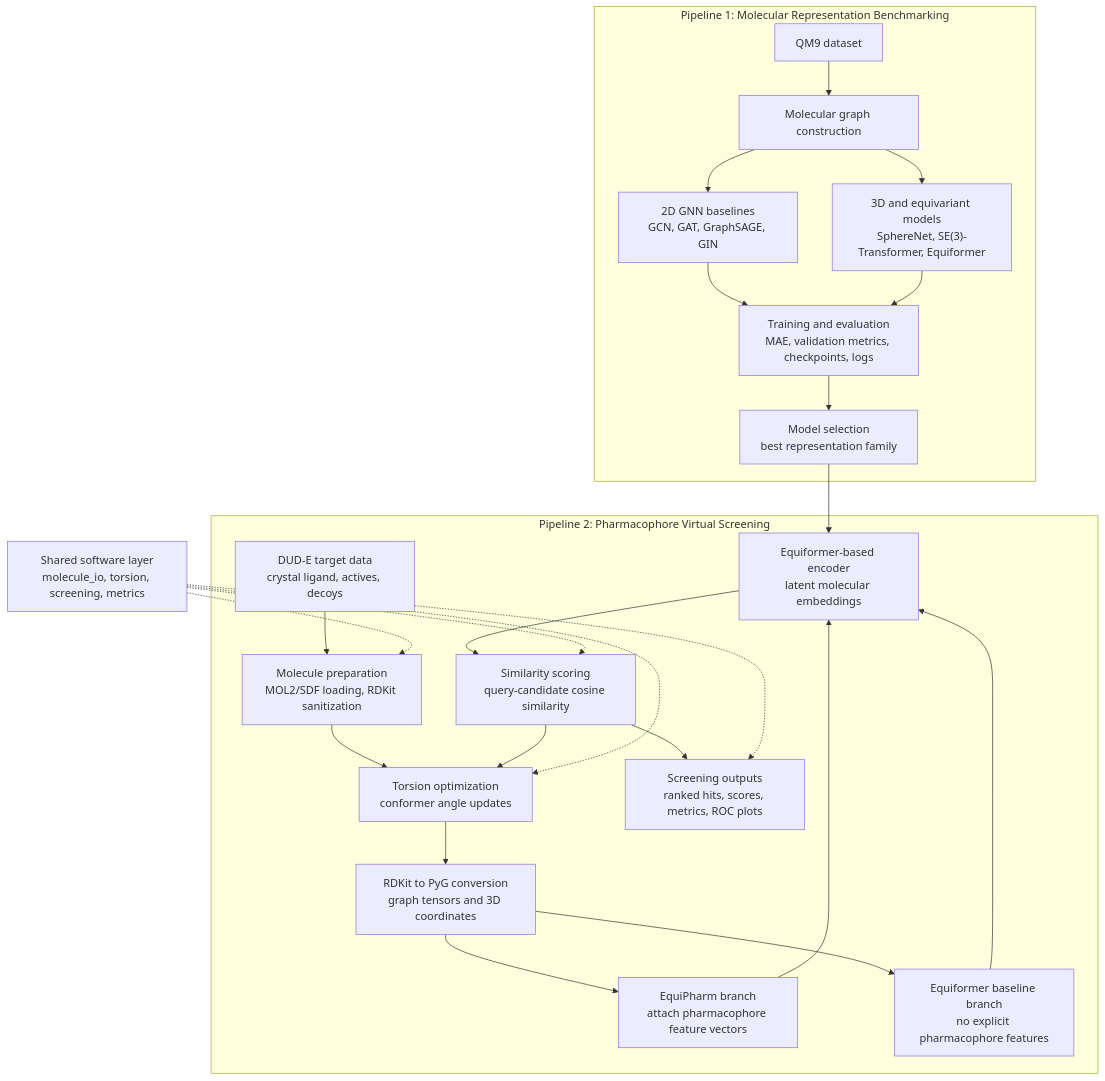
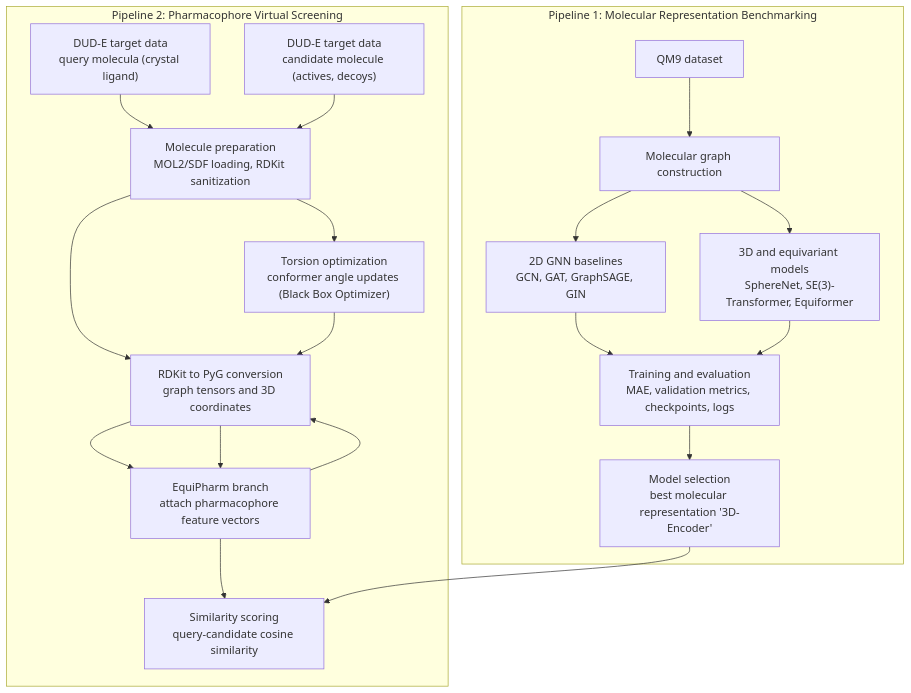
One commit to ismail7CAa/EquiPharm changed the diagram in README.md. Above: the diagram before and after it, drawn with Mermaid.

Commit message:
README.md

````diff
--- a/README.md
+++ b/README.md
@@ -5,49 +5,41 @@
 ```mermaid
 flowchart TB
   subgraph B["Pipeline 1: Molecular Representation Benchmarking"]
     B1["QM9 dataset"]
     B2["Molecular graph construction"]
     B3["2D GNN baselines<br/>GCN, GAT, GraphSAGE, GIN"]
     B4["3D and equivariant models<br/>SphereNet, SE(3)-Transformer, Equiformer"]
     B5["Training and evaluation<br/>MAE, validation metrics, checkpoints, logs"]
-    B6["Model selection<br/>best representation family"]
+    B6["Model selection<br/>best molecular representation '3D-Encoder'"]
 
     B1 --> B2
     B2 --> B3
     B2 --> B4
     B3 --> B5
     B4 --> B5
     B5 --> B6
   end
 
   subgraph P["Pipeline 2: Pharmacophore Virtual Screening"]
-    P1["DUD-E target data<br/>crystal ligand, actives, decoys"]
-    P2["Molecule preparation<br/>MOL2/SDF loading, RDKit sanitization"]
-    P3["Torsion optimization<br/>conformer angle updates"]
-    P4["RDKit to PyG conversion<br/>graph tensors and 3D coordinates"]
-    P5["EquiPharm branch<br/>attach pharmacophore feature vectors"]
-    P6["Equiformer baseline branch<br/>no explicit pharmacophore features"]
-    P7["Equiformer-based encoder<br/>latent molecular embeddings"]
-    P8["Similarity scoring<br/>query-candidate cosine similarity"]
-    P9["Screening outputs<br/>ranked hits, scores, metrics, ROC plots"]
+    P1["DUD-E target data<br/>query molecula (crystal ligand)"]
+    P2["DUD-E target data<br/>candidate molecule (actives, decoys)"]
+    P3["Molecule preparation<br/>MOL2/SDF loading, RDKit sanitization"]
+    P4["Torsion optimization<br/>conformer angle updates (Black Box Optimizer)"]
+    P5["RDKit to PyG conversion<br/>graph tensors and 3D coordinates"]
+    P6["EquiPharm branch<br/>attach pharmacophore feature vectors"]
+    P7["Similarity scoring<br/>query-candidate cosine similarity"]
 
-    P1 --> P2
+    P1 --> P3
     P2 --> P3
     P3 --> P4
+    P3 --> P5
     P4 --> P5
-    P4 --> P6
-    P5 --> P7
+    P5 --> P6
+    P5 --> P6
     P6 --> P7
-    P7 --> P8
-    P8 --> P3
-    P8 --> P9
+    P6 --> P5
+    
   end
 
   B6 --> P7
-
-  C1["Shared software layer<br/>molecule_io, torsion, screening, metrics"]
-  C1 -.-> P2
-  C1 -.-> P3
-  C1 -.-> P8
-  C1 -.-> P9
 ```
````
